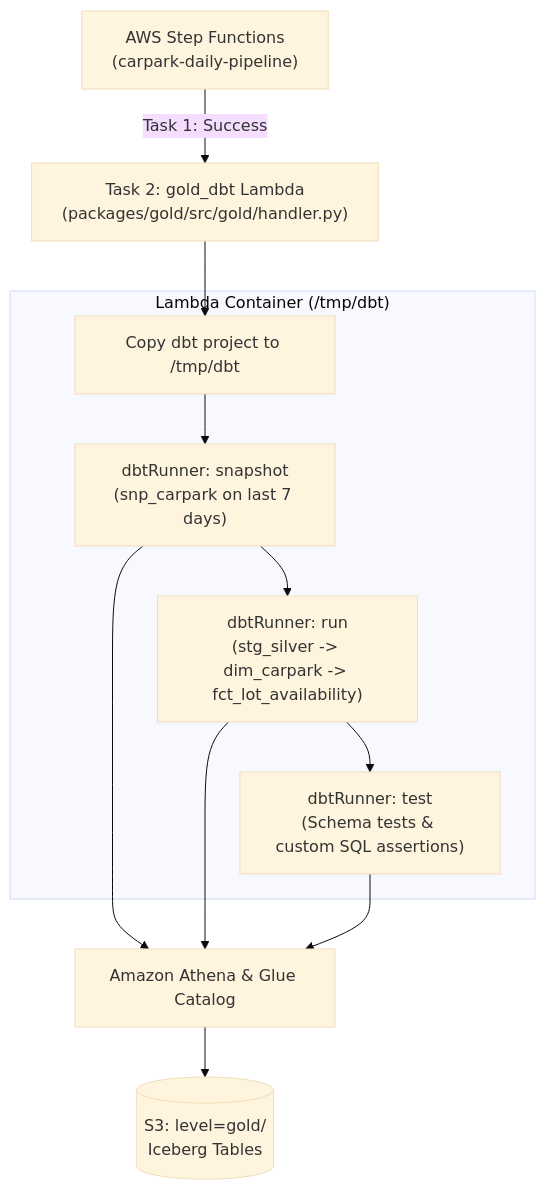
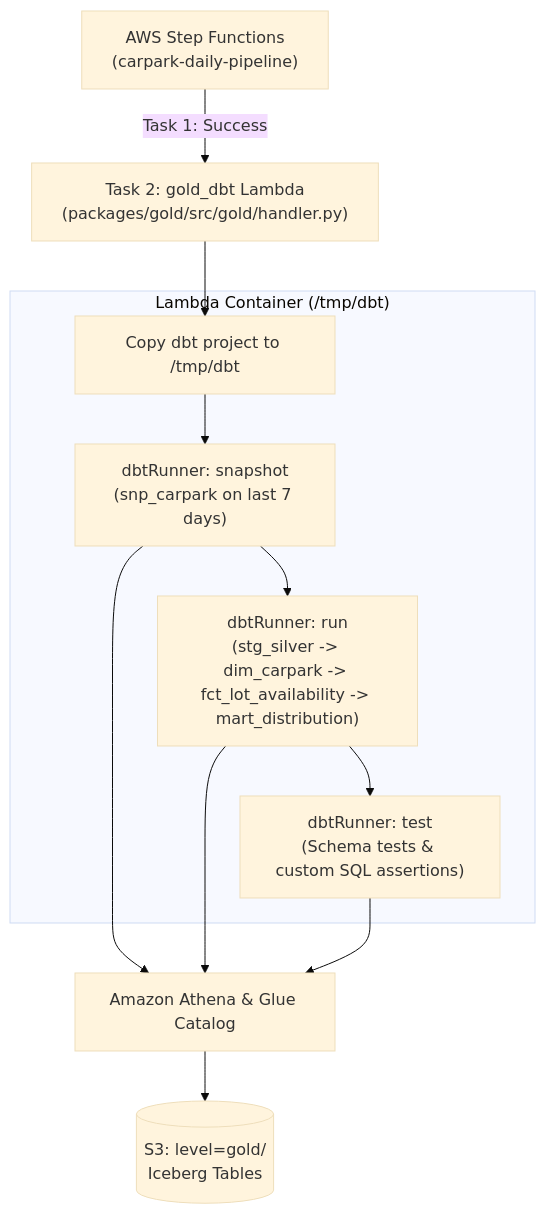
Before and after one commit to ShengHaozz/Carpark-Availabilities-Data: the diagram in docs/gold.md, drawn with Mermaid (base theme). The commit also changed other lines of this file and 10 other files, not shown here.

Commit message:
docs: update system architecture and package documentation for datamart layer

````diff
--- a/docs/gold.md
+++ b/docs/gold.md
@@ -15,14 +15,14 @@
 ```mermaid
 flowchart TD
     SFN["AWS Step Functions\n(carpark-daily-pipeline)"] -->|Task 1: Success| LambdaGold["Task 2: gold_dbt Lambda\n(packages/gold/src/gold/handler.py)"]
     
     subgraph Lambda Execution ["Lambda Container (/tmp/dbt)"]
         Setup["Copy dbt project to /tmp/dbt"] --> DbtSnap["dbtRunner: snapshot\n(snp_carpark on last 7 days)"]
-        DbtSnap --> DbtRun["dbtRunner: run\n(stg_silver -> dim_carpark -> fct_lot_availability)"]
+        DbtSnap --> DbtRun["dbtRunner: run\n(stg_silver -> dim_carpark -> fct_lot_availability -> mart_distribution)"]
         DbtRun --> DbtTest["dbtRunner: test\n(Schema tests & custom SQL assertions)"]
     end
 
     LambdaGold --> Setup
     DbtSnap & DbtRun & DbtTest --> Athena["Amazon Athena & Glue Catalog"]
     Athena --> S3Gold[("S3: level=gold/\nIceberg Tables")]
 ```
````
